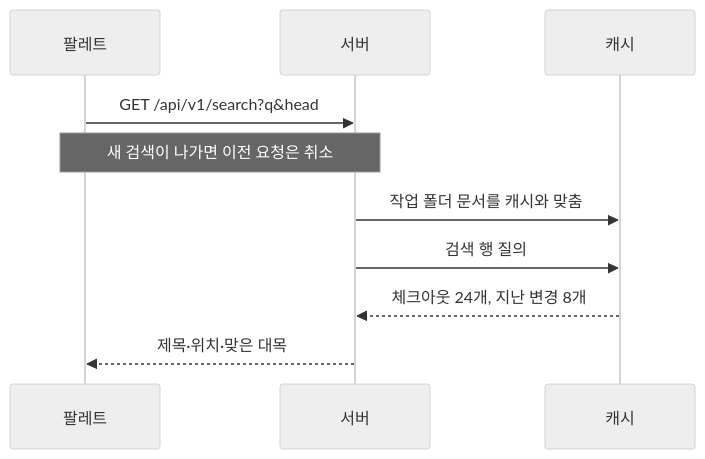
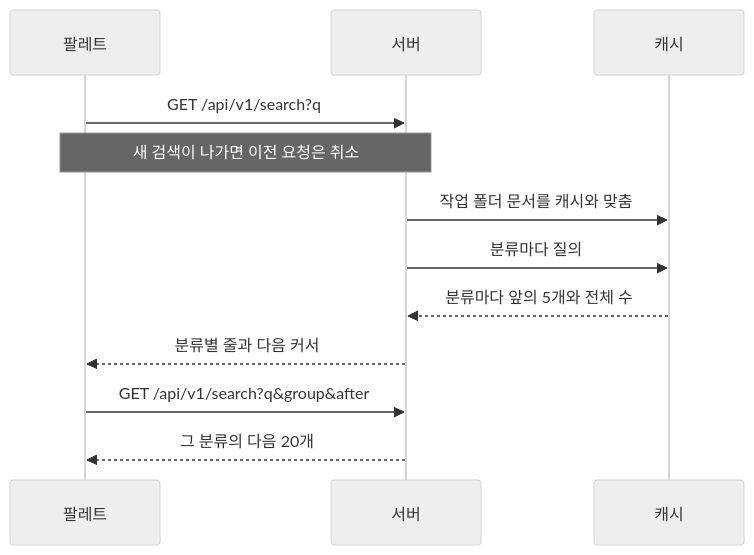
The second of 2 diagrams in .gitifact/spec/browser/design/search.md (dev-goraebap/gitifact), drawn with Mermaid (neutral theme) before and after one commit. The commit also changed other lines of this file and 21 other files, not shown here.

First line of the commit message:
feat(search): the server groups the search box, five a group, and a group reads on in the palette

````diff
--- a/.gitifact/spec/browser/design/search.md
+++ b/.gitifact/spec/browser/design/search.md
@@ -40,12 +40,14 @@
 ```mermaid
 sequenceDiagram
   participant P as 팔레트
   participant S as 서버
   participant C as 캐시
-  P->>S: GET /api/v1/search?q&head
+  P->>S: GET /api/v1/search?q
   Note over P,S: 새 검색이 나가면 이전 요청은 취소
   S->>C: 작업 폴더 문서를 캐시와 맞춤
-  S->>C: 검색 행 질의
-  C-->>S: 체크아웃 24개, 지난 변경 8개
-  S-->>P: 제목·위치·맞은 대목
+  S->>C: 분류마다 질의
+  C-->>S: 분류마다 앞의 5개와 전체 수
+  S-->>P: 분류별 줄과 다음 커서
+  P->>S: GET /api/v1/search?q&group&after
+  S-->>P: 그 분류의 다음 20개
 ```
````
